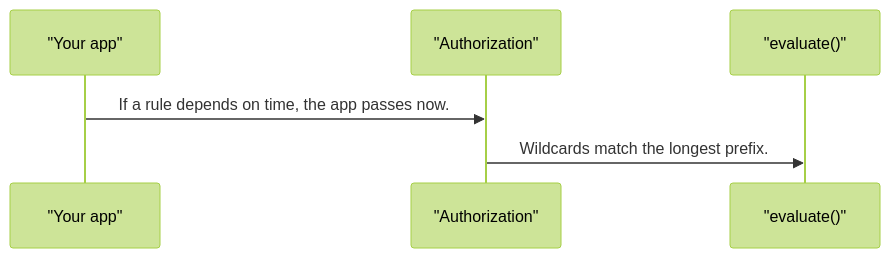
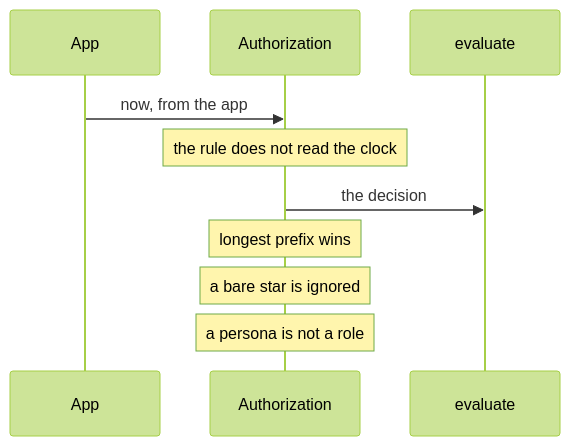
The fifth of 5 diagrams in projects/pixel-ui/src/lib/services/authorization/DESIGN.md (RajshekharBorate/pixel-ui), drawn with Mermaid (forest theme) before and after one commit. The commit also changed other lines of this file and 73 other files, not shown here.

Commit message:
Explain who owns each value and what each flow does in every component and service design.

````diff
--- a/projects/pixel-ui/src/lib/services/authorization/DESIGN.md
+++ b/projects/pixel-ui/src/lib/services/authorization/DESIGN.md
@@ -96,8 +138,12 @@
 ```mermaid
 sequenceDiagram
-  participant app as "Your app"
-  participant auth as "Authorization"
-  participant pep as "evaluate()"
-  app->>auth: If a rule depends on time, the app passes now.
-  auth->>pep: Wildcards match the longest prefix.
+  participant App
+  participant Auth as Authorization
+  participant Gate as evaluate
+  App->>Auth: now, from the app
+  Note over Auth: the rule does not read the clock
+  Auth->>Gate: the decision
+  Note over Auth: longest prefix wins
+  Note over Auth: a bare star is ignored
+  Note over Auth: a persona is not a role
 ```
````
